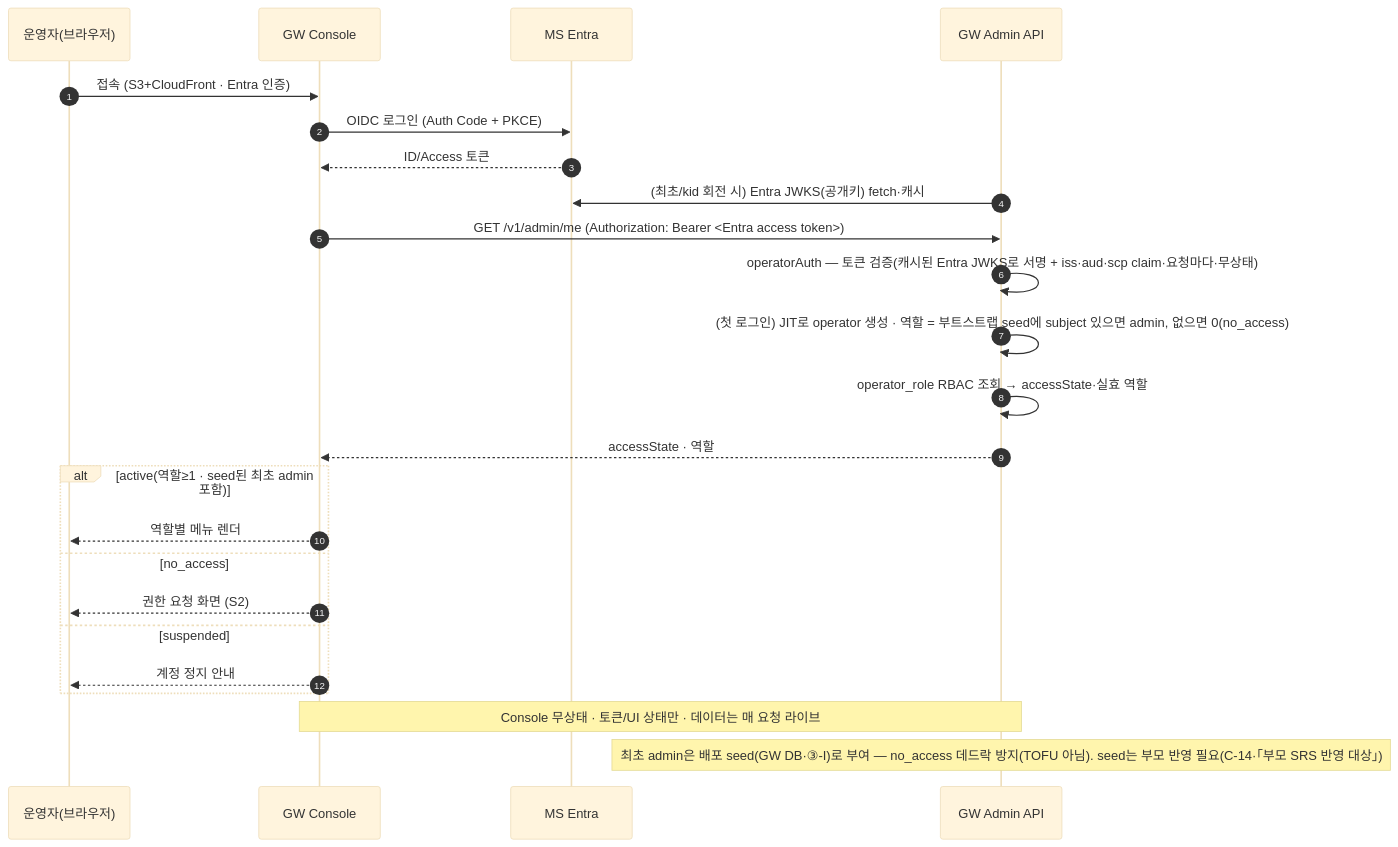
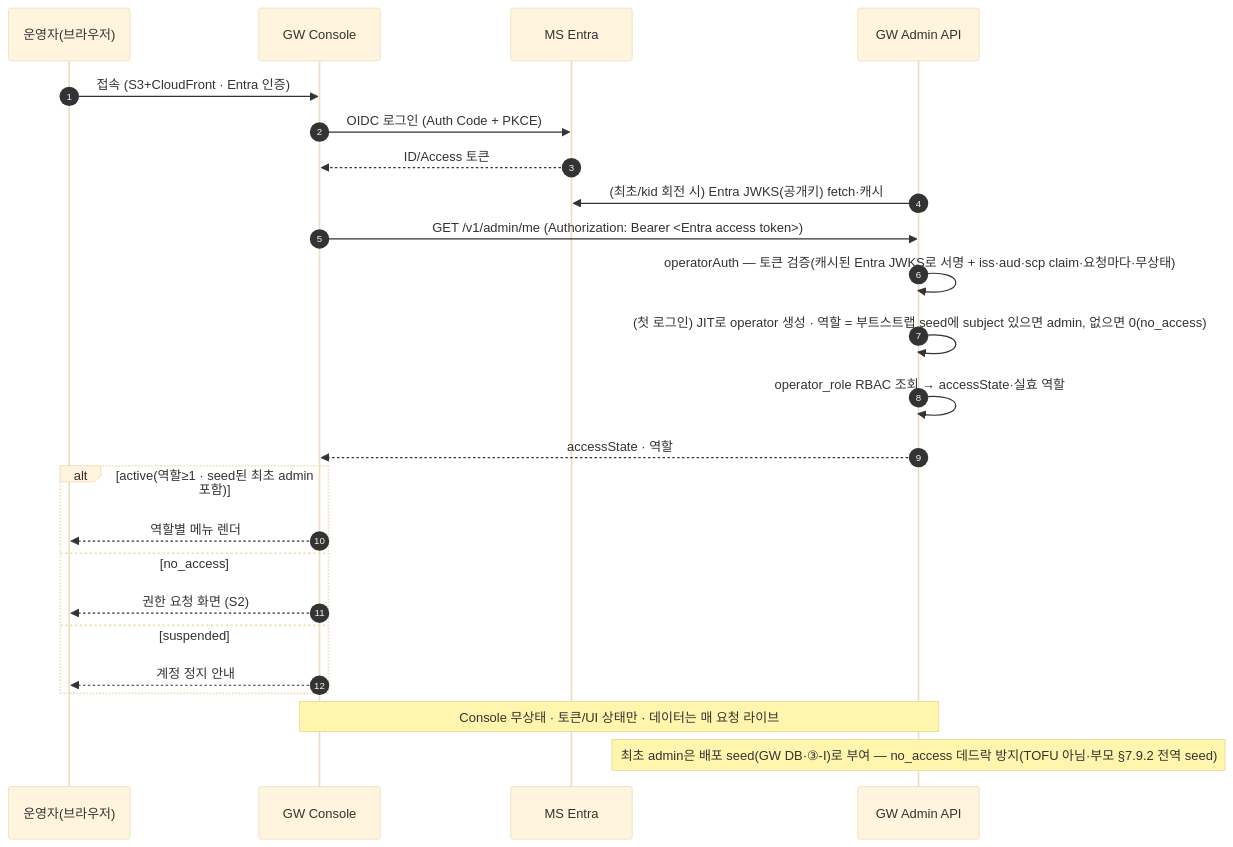
One commit to gracegyu/scp-architecture changed the fourth of 11 diagrams in docs/VT_API_Gateway/08.VT_API_Gateway/specs/03c-subsrs-gw-console/SRS.md. Above: the diagram before and after it, drawn with Mermaid (base theme). The commit also changed other lines of this file, not shown here.

First line of the commit message:
docs: Update GW Console SRS to reflect versioning changes and enhance clarity on specifications

````diff
--- a/docs/VT_API_Gateway/08.VT_API_Gateway/specs/03c-subsrs-gw-console/SRS.md
+++ b/docs/VT_API_Gateway/08.VT_API_Gateway/specs/03c-subsrs-gw-console/SRS.md
@@ -223,26 +223,26 @@
 ```mermaid
 sequenceDiagram
     autonumber
     participant OP as 운영자(브라우저)
     participant C as GW Console
     participant E as MS Entra
     participant GW as GW Admin API
     OP->>C: 접속 (S3+CloudFront · Entra 인증)
     C->>E: OIDC 로그인 (Auth Code + PKCE)
     E-->>C: ID/Access 토큰
     GW->>E: (최초/kid 회전 시) Entra JWKS(공개키) fetch·캐시
     C->>GW: GET /v1/admin/me (Authorization: Bearer <Entra access token>)
     GW->>GW: operatorAuth — 토큰 검증(캐시된 Entra JWKS로 서명 + iss·aud·scp claim·요청마다·무상태)
     GW->>GW: (첫 로그인) JIT로 operator 생성 · 역할 = 부트스트랩 seed에 subject 있으면 admin, 없으면 0(no_access)
     GW->>GW: operator_role RBAC 조회 → accessState·실효 역할
     GW-->>C: accessState · 역할
     alt active(역할≥1 · seed된 최초 admin 포함)
         C-->>OP: 역할별 메뉴 렌더
     else no_access
         C-->>OP: 권한 요청 화면 (S2)
     else suspended
         C-->>OP: 계정 정지 안내
     end
     Note over C,GW: Console 무상태 · 토큰/UI 상태만 · 데이터는 매 요청 라이브
-    Note over GW: 최초 admin은 배포 seed(GW DB·③-I)로 부여 — no_access 데드락 방지(TOFU 아님). seed는 부모 반영 필요(C-14·「부모 SRS 반영 대상」)
+    Note over GW: 최초 admin은 배포 seed(GW DB·③-I)로 부여 — no_access 데드락 방지(TOFU 아님·부모 §7.9.2 전역 seed)
 ```
````
